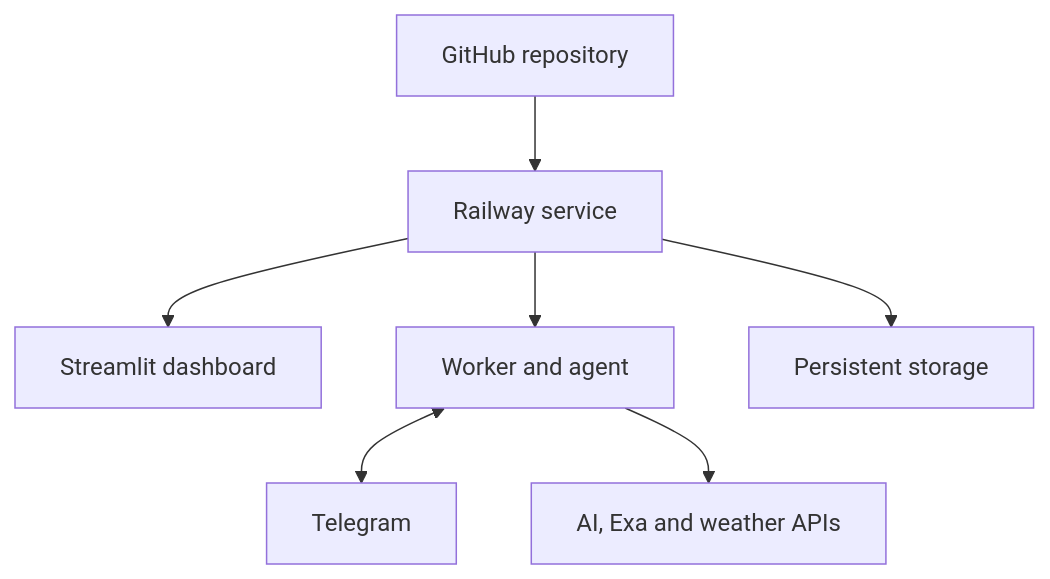
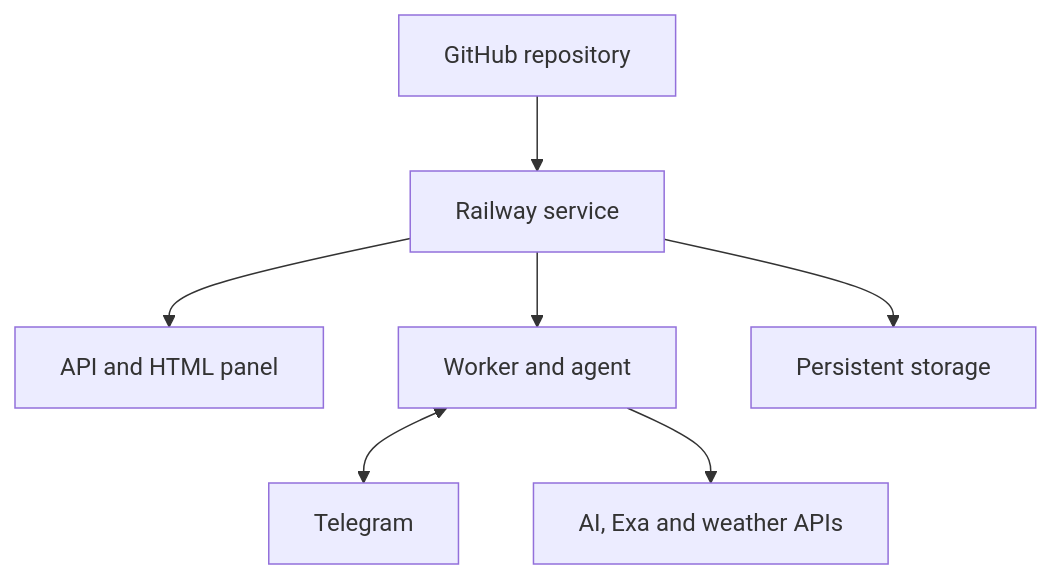
One commit to CAIOZANETTI/machine2pipe-ai changed the diagram in README.md. Above: the diagram before and after it, drawn with Mermaid. The commit also changed other lines of this file and 2 other files, not shown here.

````diff
--- a/README.md
+++ b/README.md
@@ -259,9 +287,9 @@
 ```mermaid
 flowchart TD
     A["GitHub repository"] --> B["Railway service"]
-    B --> C["Streamlit dashboard"]
+    B --> C["API and HTML panel"]
     B --> D["Worker and agent"]
     D <--> E["Telegram"]
     B --> F["Persistent storage"]
     D --> G["AI, Exa and weather APIs"]
 ```
````
